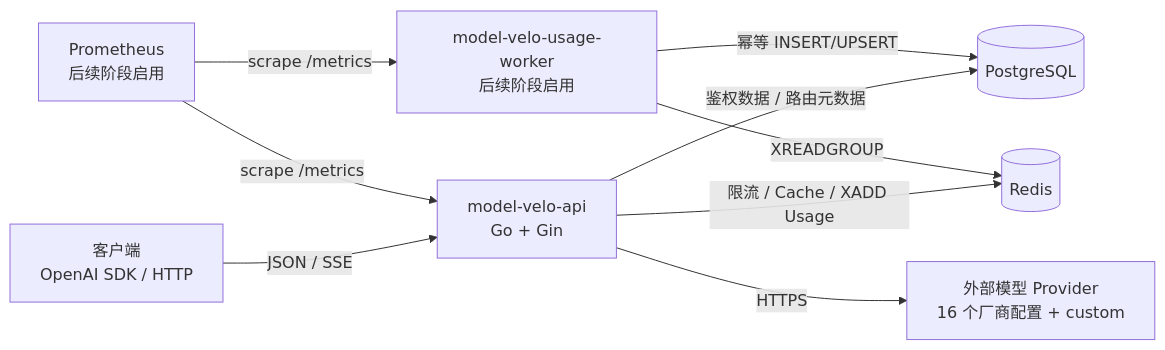
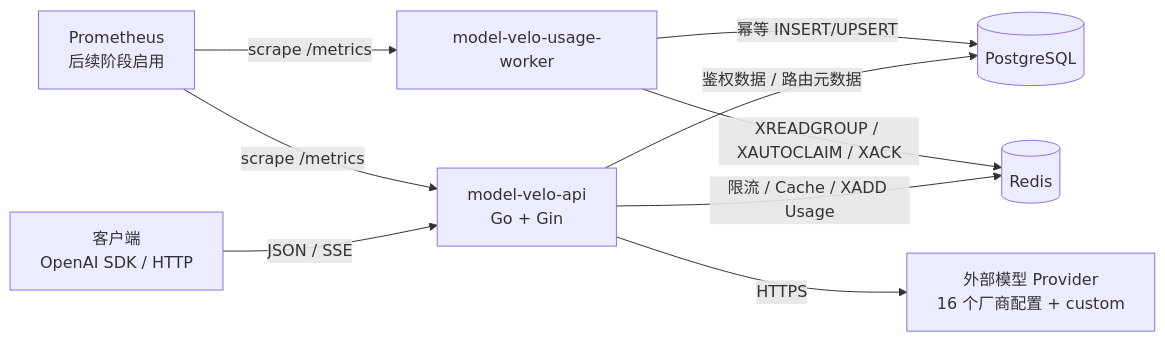
One commit to tonghzhang/Model-Velo changed the first of 5 diagrams in ARCHITECTURE.md. Above: the diagram before and after it, drawn with Mermaid. The commit also changed other lines of this file and 48 other files, not shown here.

````diff
--- a/ARCHITECTURE.md
+++ b/ARCHITECTURE.md
@@ -74,14 +74,14 @@
 ```mermaid
 flowchart LR
     Client["客户端<br/>OpenAI SDK / HTTP"] -->|"JSON / SSE"| API["model-velo-api<br/>Go + Gin"]
 
     API -->|"鉴权数据 / 路由元数据"| PG[("PostgreSQL")]
     API -->|"限流 / Cache / XADD Usage"| Redis[("Redis")]
     API -->|"HTTPS"| Providers["外部模型 Provider<br/>16 个厂商配置 + custom"]
 
-    Worker["model-velo-usage-worker<br/>后续阶段启用"] -->|"XREADGROUP"| Redis
+    Worker["model-velo-usage-worker"] -->|"XREADGROUP / XAUTOCLAIM / XACK"| Redis
     Worker -->|"幂等 INSERT/UPSERT"| PG
 
     Prom["Prometheus<br/>后续阶段启用"] -->|"scrape /metrics"| API
     Prom -->|"scrape /metrics"| Worker
 ```
````
